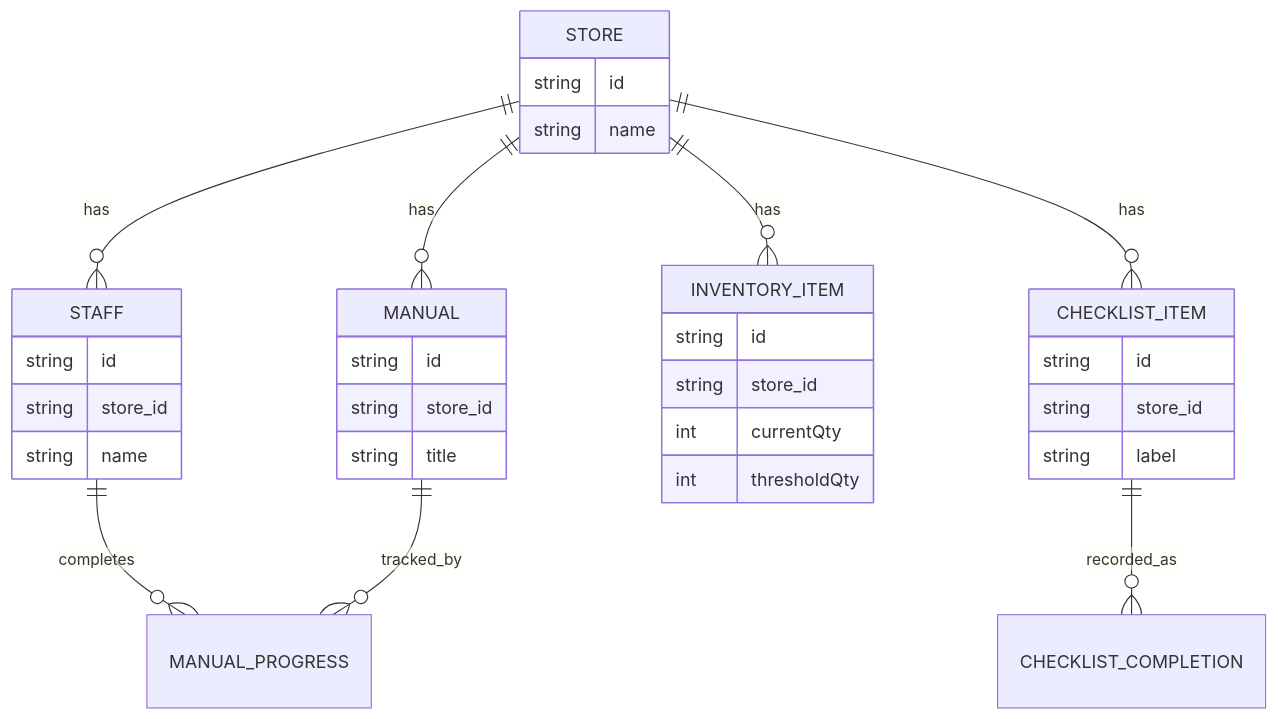
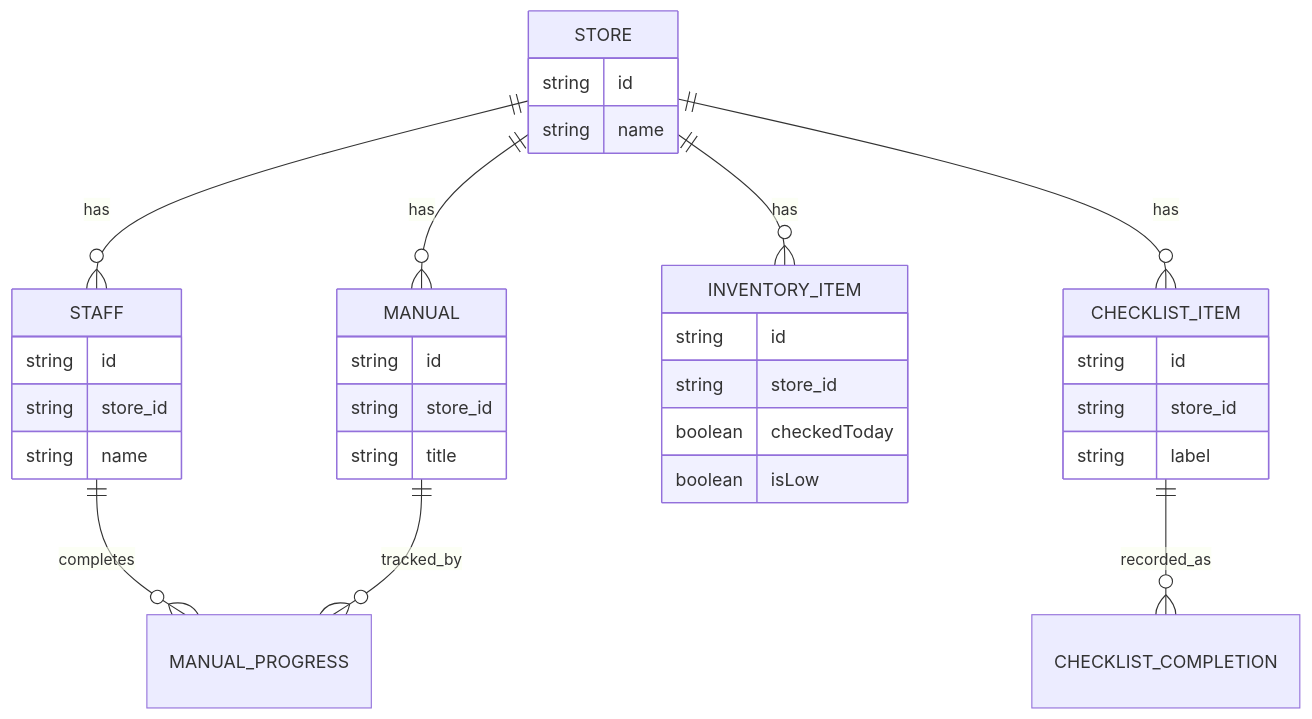
Before and after one commit to sara6ang/project-starter: the diagram in TongssApp/docs/05_DATA.md, drawn with Mermaid. The commit also changed other lines of this file and 5 other files, not shown here.

````diff
--- a/TongssApp/docs/05_DATA.md
+++ b/TongssApp/docs/05_DATA.md
@@ -107,36 +112,36 @@
 ```mermaid
 erDiagram
     STORE ||--o{ MANUAL : has
     STORE ||--o{ CHECKLIST_ITEM : has
     STORE ||--o{ INVENTORY_ITEM : has
     STORE ||--o{ STAFF : has
     STAFF ||--o{ MANUAL_PROGRESS : completes
     MANUAL ||--o{ MANUAL_PROGRESS : tracked_by
     CHECKLIST_ITEM ||--o{ CHECKLIST_COMPLETION : recorded_as
 
     STORE {
         string id
         string name
     }
     MANUAL {
         string id
         string store_id
         string title
     }
     CHECKLIST_ITEM {
         string id
         string store_id
         string label
     }
     INVENTORY_ITEM {
         string id
         string store_id
-        int currentQty
-        int thresholdQty
+        boolean checkedToday
+        boolean isLow
     }
     STAFF {
         string id
         string store_id
         string name
     }
 ```
````
